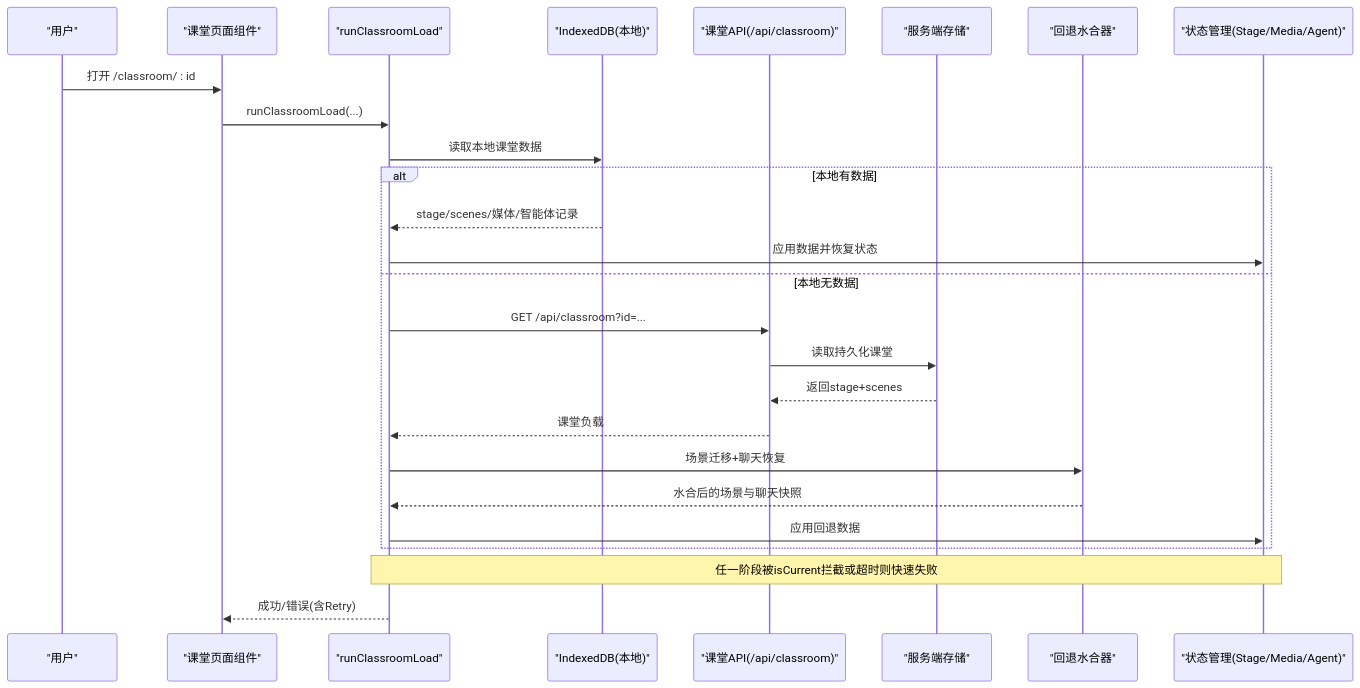
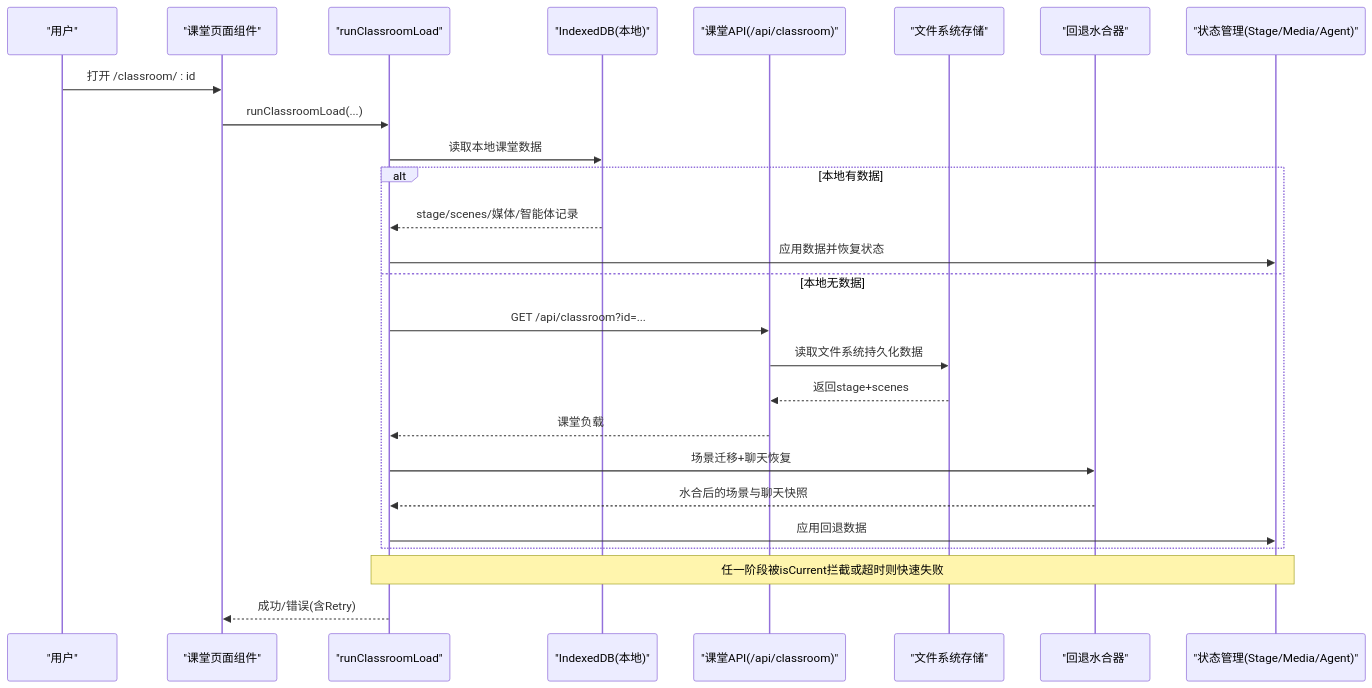
One commit to huangboheng/OpenMAIC changed the first of 3 diagrams in .qoder/repowiki/zh/content/数据存储设计/课堂加载可靠性增强.md. Above: the diagram before and after it, drawn with Mermaid. The commit also changed other lines of this file and 15 other files, not shown here.

````diff
--- a/.qoder/repowiki/zh/content/数据存储设计/课堂加载可靠性增强.md
+++ b/.qoder/repowiki/zh/content/数据存储设计/课堂加载可靠性增强.md
@@ -25,28 +35,28 @@
 ```mermaid
 sequenceDiagram
 participant U as "用户"
 participant Page as "课堂页面组件"
 participant Loader as "runClassroomLoad"
 participant DB as "IndexedDB(本地)"
 participant API as "课堂API(/api/classroom)"
-participant Store as "服务端存储"
+participant Storage as "文件系统存储"
 participant Hydrator as "回退水合器"
 participant State as "状态管理(Stage/Media/Agent)"
 U->>Page : 打开 /classroom/ : id
 Page->>Loader : runClassroomLoad(...)
 Loader->>DB : 读取本地课堂数据
 alt 本地有数据
 DB-->>Loader : stage/scenes/媒体/智能体记录
 Loader->>State : 应用数据并恢复状态
 else 本地无数据
 Loader->>API : GET /api/classroom?id=...
-API->>Store : 读取持久化课堂
-Store-->>API : 返回stage+scenes
+API->>Storage : 读取文件系统持久化数据
+Storage-->>API : 返回stage+scenes
 API-->>Loader : 课堂负载
 Loader->>Hydrator : 场景迁移+聊天恢复
 Hydrator-->>Loader : 水合后的场景与聊天快照
 Loader->>State : 应用回退数据
 end
 Note over Loader,State : 任一阶段被isCurrent拦截或超时则快速失败
 Loader-->>Page : 成功/错误(含Retry)
 ```
````
